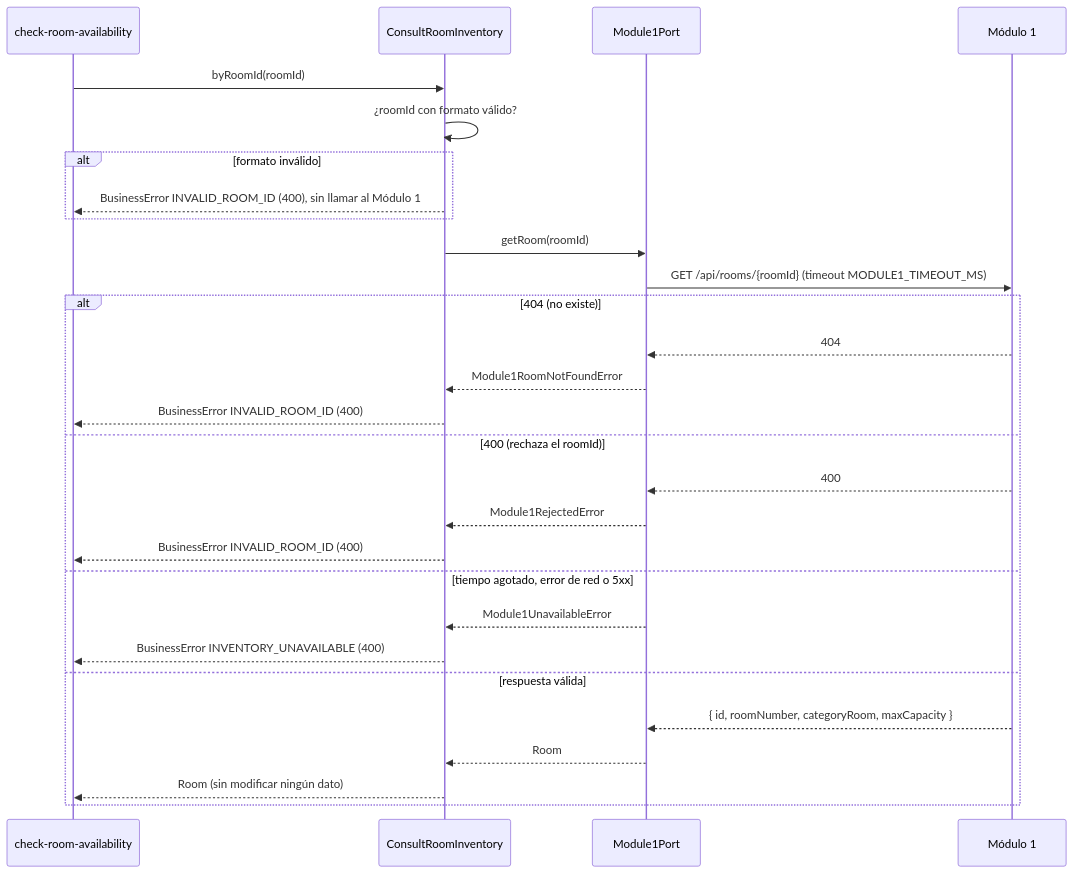
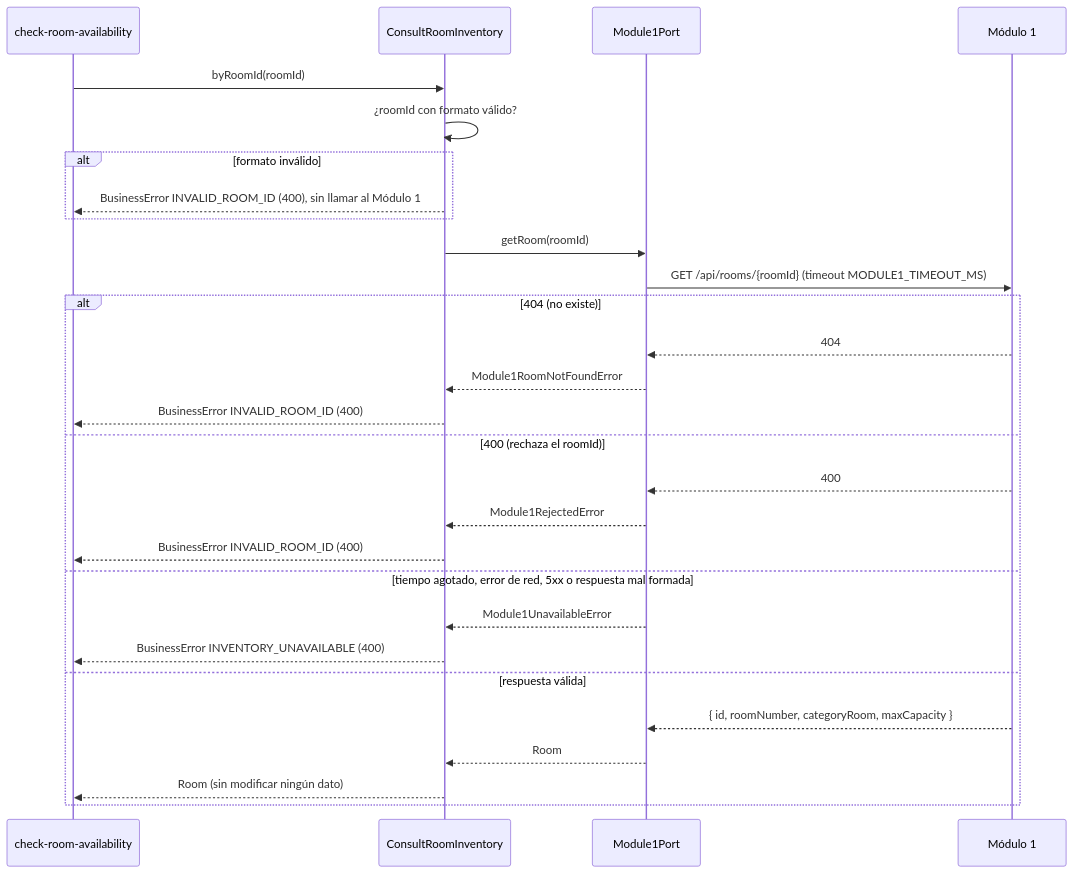
The first of 3 diagrams in specs/consult-room-inventory/plan.md (Lapicero312-lapi/HOSPITUA-MOD-2), drawn with Mermaid before and after one commit. The commit also changed other lines of this file, not shown here.

First line of the commit message:
docs(specs): D1 y D2 muestran la respuesta mal formada y D2 el 404 como INVENTORY_UNAVAILABLE (tarea #47)

````diff
--- a/specs/consult-room-inventory/plan.md
+++ b/specs/consult-room-inventory/plan.md
@@ -156,31 +156,31 @@
 ```mermaid
 sequenceDiagram
     participant V as check-room-availability
     participant U as ConsultRoomInventory
     participant P as Module1Port
     participant M1 as Módulo 1
 
     V->>U: byRoomId(roomId)
     U->>U: ¿roomId con formato válido?
     alt formato inválido
         U-->>V: BusinessError INVALID_ROOM_ID (400), sin llamar al Módulo 1
     end
     U->>P: getRoom(roomId)
     P->>M1: GET /api/rooms/{roomId} (timeout MODULE1_TIMEOUT_MS)
     alt 404 (no existe)
         M1-->>P: 404
         P-->>U: Module1RoomNotFoundError
         U-->>V: BusinessError INVALID_ROOM_ID (400)
     else 400 (rechaza el roomId)
         M1-->>P: 400
         P-->>U: Module1RejectedError
         U-->>V: BusinessError INVALID_ROOM_ID (400)
-    else tiempo agotado, error de red o 5xx
+    else tiempo agotado, error de red, 5xx o respuesta mal formada
         P-->>U: Module1UnavailableError
         U-->>V: BusinessError INVENTORY_UNAVAILABLE (400)
     else respuesta válida
         M1-->>P: { id, roomNumber, categoryRoom, maxCapacity }
         P-->>U: Room
         U-->>V: Room (sin modificar ningún dato)
     end
 ```
````
